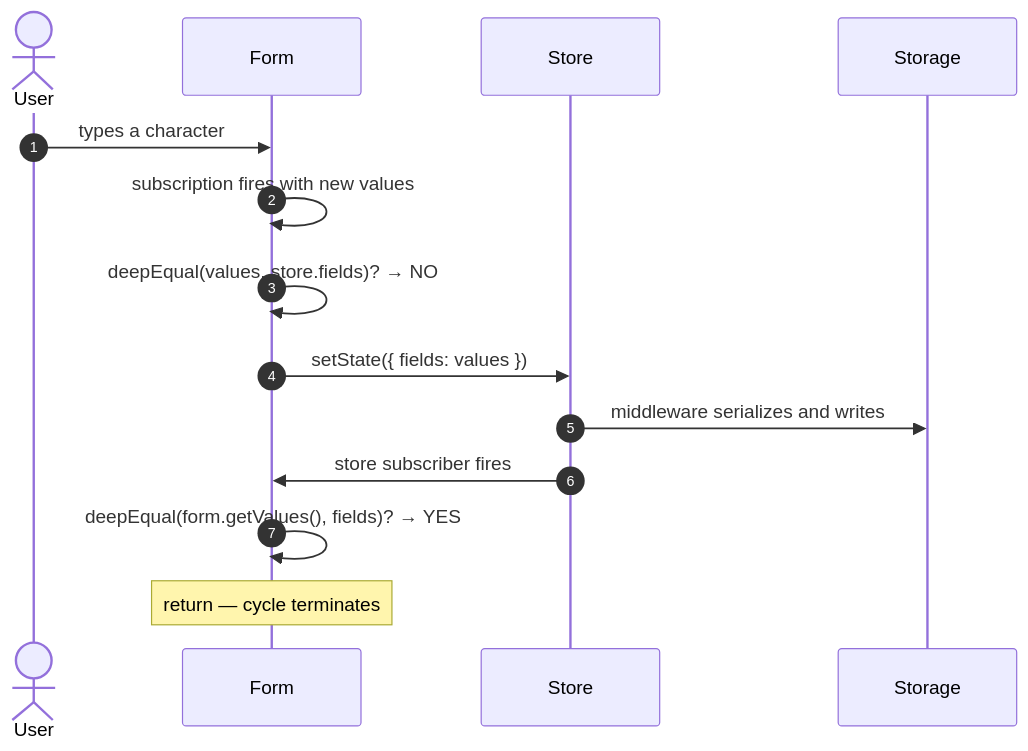
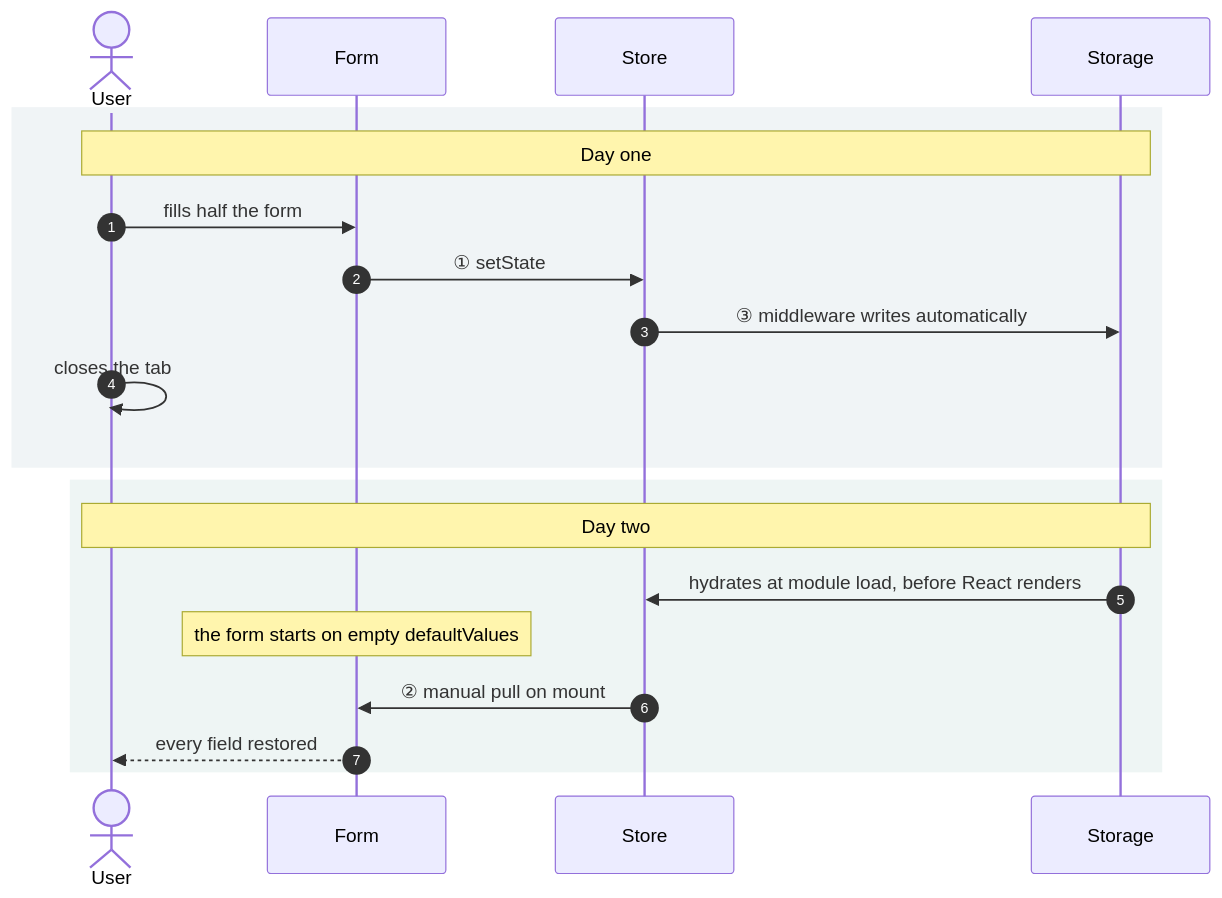
Before and after one commit to jadecubes/multi-party-state-sync: the second of 6 diagrams in README.md, drawn with Mermaid. The commit also changed other lines of this file, not shown here.

````diff
--- a/README.md
+++ b/README.md
@@ -102,17 +42,24 @@
 ```mermaid
 sequenceDiagram
     autonumber
     actor U as User
     participant F as Form
     participant S as Store
     participant P as Storage
 
-    U->>F: types a character
-    F->>F: subscription fires with new values
-    F->>F: deepEqual(values, store.fields)? → NO
-    F->>S: setState({ fields: values })
-    S->>P: middleware serializes and writes
-    S->>F: store subscriber fires
-    F->>F: deepEqual(form.getValues(), fields)? → YES
-    Note over F: return — cycle terminates
+    rect rgb(240,244,246)
+    Note over U,P: Day one
+    U->>F: fills half the form
+    F->>S: ① setState
+    S->>P: ③ middleware writes automatically
+    U->>U: closes the tab
+    end
+
+    rect rgb(238,245,244)
+    Note over U,P: Day two
+    P->>S: hydrates at module load, before React renders
+    Note over F: the form starts on empty defaultValues
+    S->>F: ② manual pull on mount
+    F-->>U: every field restored
+    end
 ```
````
